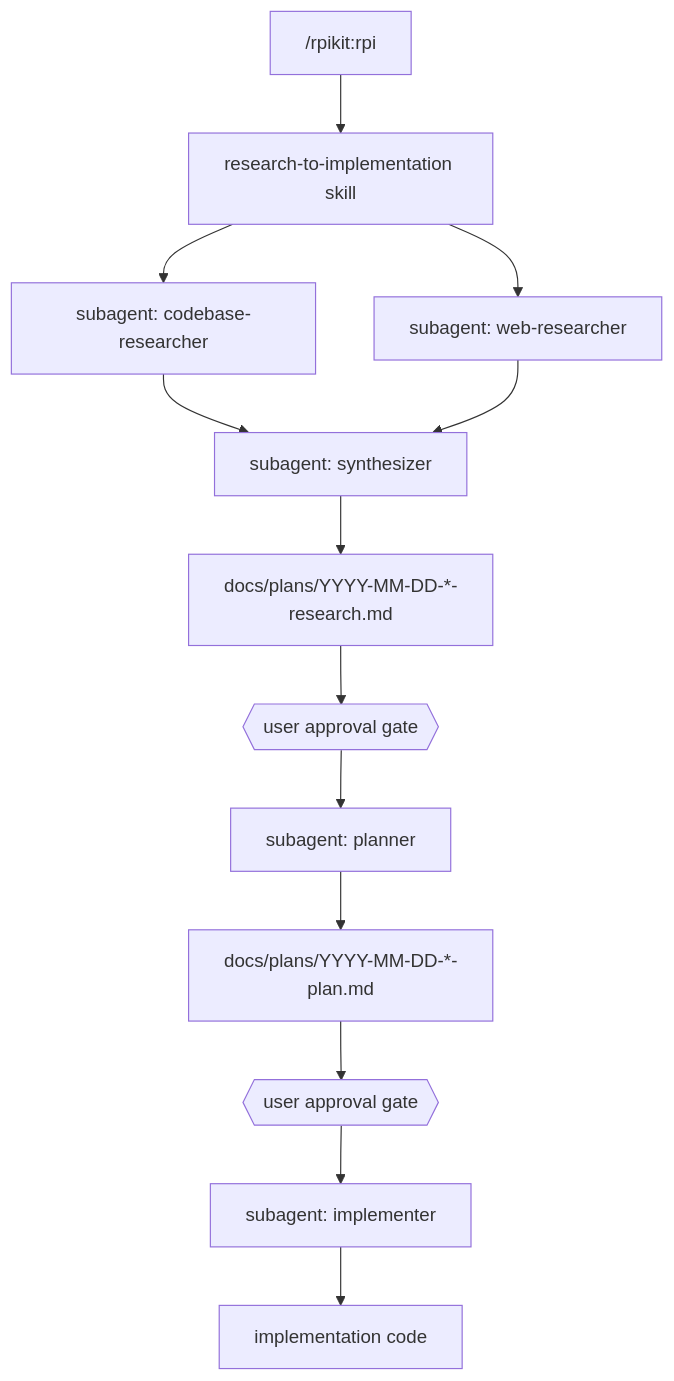
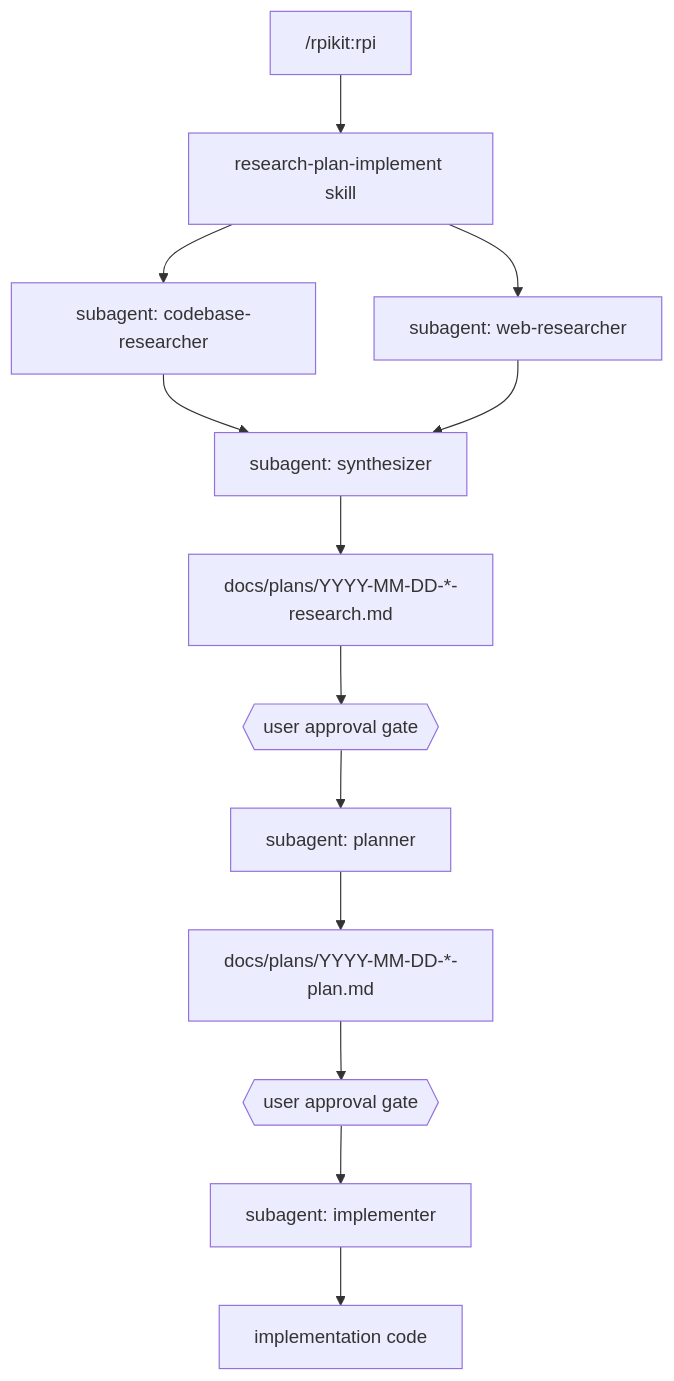
The second of 5 diagrams in docs/architecture.md (bostonaholic/rpikit), drawn with Mermaid before and after one commit. The commit also changed other lines of this file and 5 other files, not shown here.

First line of the commit message:
Rename research-to-implementation skill to research-plan-implement (#9)

````diff
--- a/docs/architecture.md
+++ b/docs/architecture.md
@@ -109,15 +109,15 @@
 ```mermaid
 graph TD
-    RPI["/rpikit:rpi"] --> RTIS["research-to-implementation skill"]
+    RPI["/rpikit:rpi"] --> RTIS["research-plan-implement skill"]
     RTIS --> T1["subagent: codebase-researcher"]
     RTIS --> T2["subagent: web-researcher"]
     T1 --> SYN["subagent: synthesizer"]
     T2 --> SYN
     SYN --> RD["docs/plans/YYYY-MM-DD-*-research.md"]
     RD --> G1{{"user approval gate"}}
     G1 --> T3["subagent: planner"]
     T3 --> PD["docs/plans/YYYY-MM-DD-*-plan.md"]
     PD --> G2{{"user approval gate"}}
     G2 --> T4["subagent: implementer"]
     T4 --> CODE["implementation code"]
 ```
````
